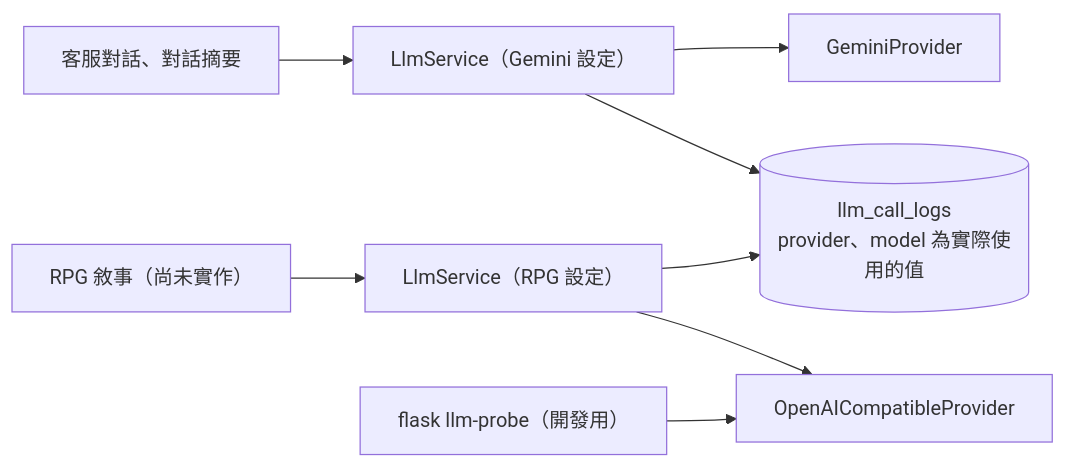
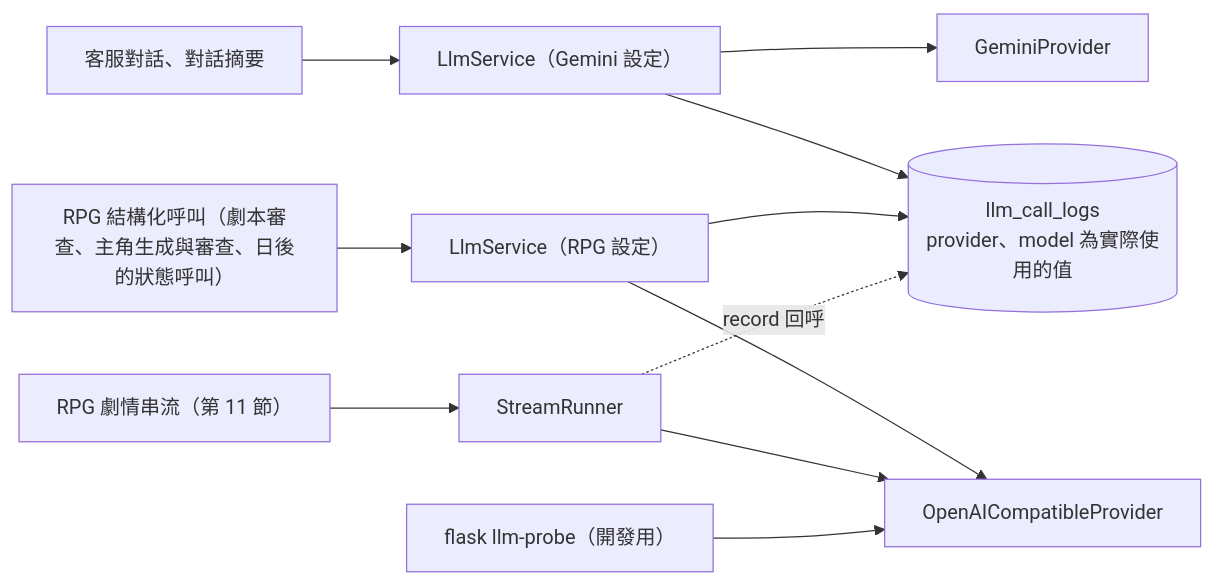
Before and after one commit to pp466pp466/R.A.C: the fifth of 7 diagrams in docs/模型呼叫層-llm-layer.md, drawn with Mermaid. The commit also changed other lines of this file and 16 other files, not shown here.

First line of the commit message:
RC-2a 批次 2：串流轉接器（串流型別、傳輸、轉接器、StreamRunner）

````diff
--- a/docs/模型呼叫層-llm-layer.md
+++ b/docs/模型呼叫層-llm-layer.md
@@ -206,10 +212,13 @@
 ```mermaid
 flowchart LR
     Cs["客服對話、對話摘要"] --> LsA["LlmService（Gemini 設定）"]
-    Rpg["RPG 敘事（尚未實作）"] --> LsB["LlmService（RPG 設定）"]
+    Rpg["RPG 結構化呼叫（劇本審查、主角生成與審查、日後的狀態呼叫）"] --> LsB["LlmService（RPG 設定）"]
+    RpgS["RPG 劇情串流（第 11 節）"] --> Rs["StreamRunner"]
     LsA --> Gem["GeminiProvider"]
     LsB --> Oai["OpenAICompatibleProvider"]
+    Rs --> Oai
     LsA --> Ledger[("llm_call_logs<br/>provider、model 為實際使用的值")]
     LsB --> Ledger
+    Rs -.->|"record 回呼"| Ledger
     Probe["flask llm-probe（開發用）"] --> Oai
 ```
````
